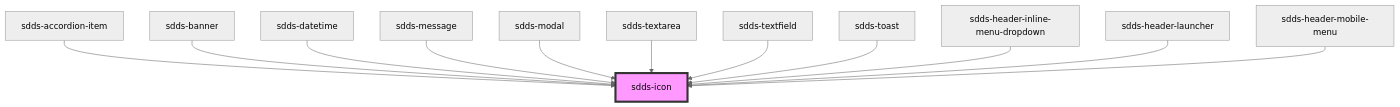
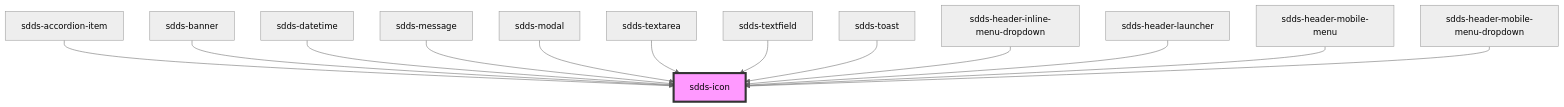
The diagram in tegel/src/components/icon/readme.md (scania-digital-design-system/sdds), drawn with Mermaid (neutral theme) before and after one commit. The commit also changed other lines of this file and 18 other files, not shown here.

Commit message:
feat(header): mobile menu fixes

````diff
--- a/tegel/src/components/icon/readme.md
+++ b/tegel/src/components/icon/readme.md
@@ -33,15 +34,16 @@
 ```mermaid
 graph TD;
   sdds-accordion-item --> sdds-icon
   sdds-banner --> sdds-icon
   sdds-datetime --> sdds-icon
   sdds-message --> sdds-icon
   sdds-modal --> sdds-icon
   sdds-textarea --> sdds-icon
   sdds-textfield --> sdds-icon
   sdds-toast --> sdds-icon
   sdds-header-inline-menu-dropdown --> sdds-icon
   sdds-header-launcher --> sdds-icon
   sdds-header-mobile-menu --> sdds-icon
+  sdds-header-mobile-menu-dropdown --> sdds-icon
   style sdds-icon fill:#f9f,stroke:#333,stroke-width:4px
 ```
````
